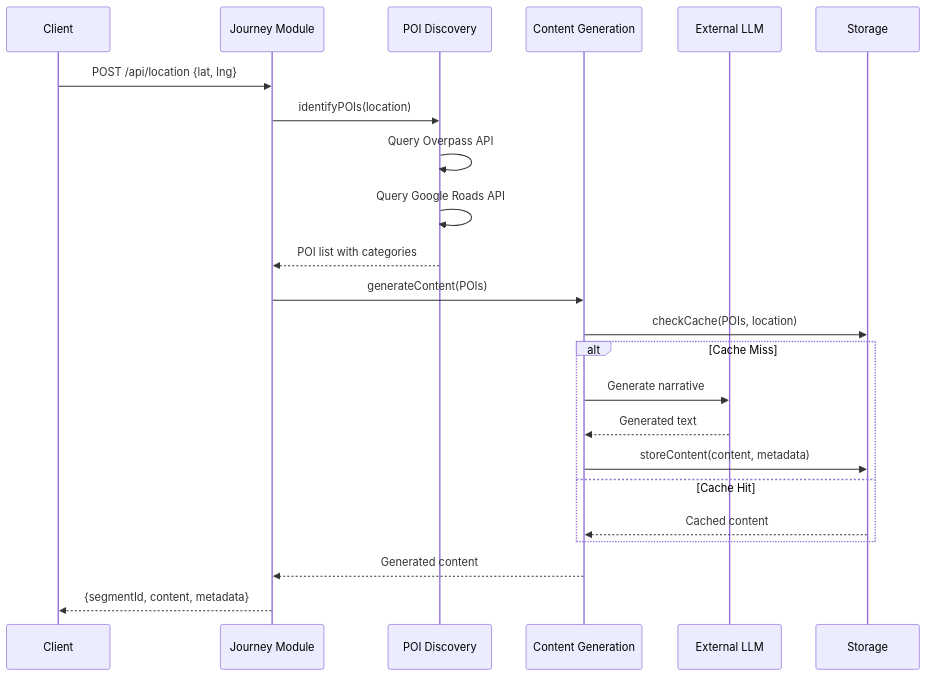
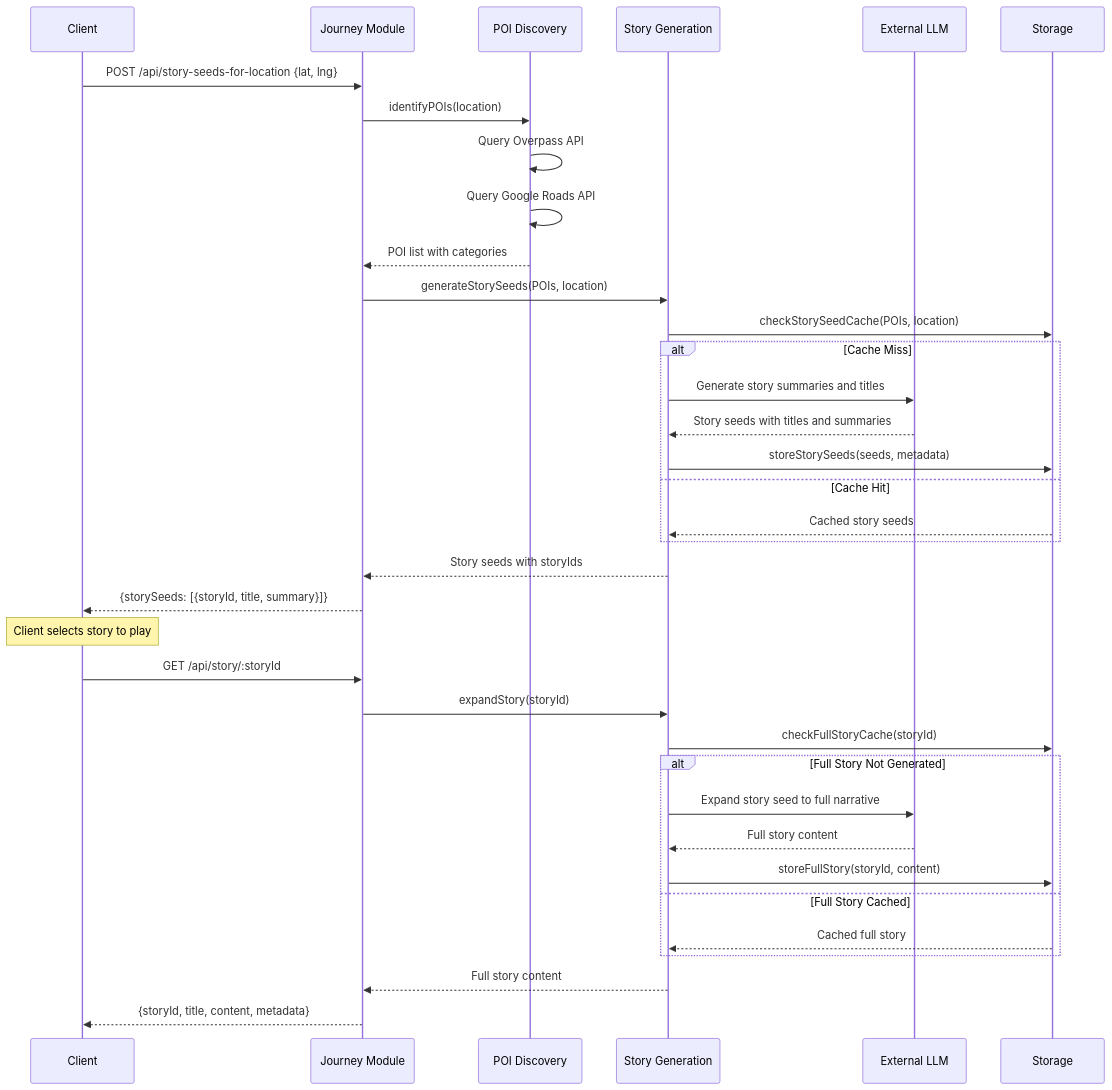
The second of 2 diagrams in .kiro/specs/01-backend-provisional-mvp/design.md (acjay/jabberjaw), drawn with Mermaid before and after one commit. The commit also changed other lines of this file and 61 other files, not shown here.

Commit message:
refactor: move to journey/story terminology

````diff
--- a/.kiro/specs/01-backend-provisional-mvp/design.md
+++ b/.kiro/specs/01-backend-provisional-mvp/design.md
@@ -55,28 +60,42 @@
 ```mermaid
 sequenceDiagram
     participant Client
     participant Journey as Journey Module
     participant POI as POI Discovery
-    participant Content as Content Generation
+    participant Story as Story Generation
     participant LLM as External LLM
     participant Storage
 
-    Client->>Journey: POST /api/location {lat, lng}
+    Client->>Journey: POST /api/story-seeds-for-location {lat, lng}
     Journey->>POI: identifyPOIs(location)
     POI->>POI: Query Overpass API
     POI->>POI: Query Google Roads API
     POI-->>Journey: POI list with categories
 
-    Journey->>Content: generateContent(POIs)
-    Content->>Storage: checkCache(POIs, location)
+    Journey->>Story: generateStorySeeds(POIs, location)
+    Story->>Storage: checkStorySeedCache(POIs, location)
     alt Cache Miss
-        Content->>LLM: Generate narrative
-        LLM-->>Content: Generated text
-        Content->>Storage: storeContent(content, metadata)
+        Story->>LLM: Generate story summaries and titles
+        LLM-->>Story: Story seeds with titles and summaries
+        Story->>Storage: storeStorySeeds(seeds, metadata)
     else Cache Hit
-        Storage-->>Content: Cached content
+        Storage-->>Story: Cached story seeds
     end
 
-    Content-->>Journey: Generated content
-    Journey-->>Client: {segmentId, content, metadata}
+    Story-->>Journey: Story seeds with storyIds
+    Journey-->>Client: {storySeeds: [{storyId, title, summary}]}
+
+    Note over Client: Client selects story to play
+    Client->>Journey: GET /api/story/:storyId
+    Journey->>Story: expandStory(storyId)
+    Story->>Storage: checkFullStoryCache(storyId)
+    alt Full Story Not Generated
+        Story->>LLM: Expand story seed to full narrative
+        LLM-->>Story: Full story content
+        Story->>Storage: storeFullStory(storyId, content)
+    else Full Story Cached
+        Storage-->>Story: Cached full story
+    end
+    Story-->>Journey: Full story content
+    Journey-->>Client: {storyId, title, content, metadata}
 ```
````
